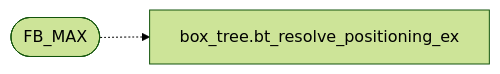
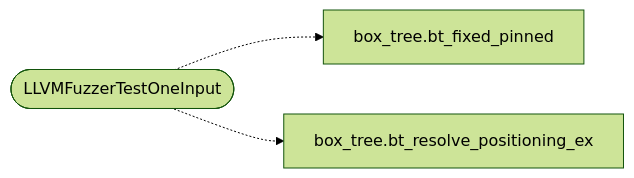
Before and after one commit to grisuno/FreeDom: the diagram in readmenator-apidocs/modules/fuzz.fuzz_box_tree.c.md, drawn with Mermaid (forest theme). The commit also changed other lines of this file and 126 other files, not shown here.

````diff
--- a/readmenator-apidocs/modules/fuzz.fuzz_box_tree.c.md
+++ b/readmenator-apidocs/modules/fuzz.fuzz_box_tree.c.md
@@ -15,6 +16,8 @@
 ```mermaid
 flowchart LR
-    n_fuzz_fuzz_box_tree_c__FB_MAX(["FB_MAX"])
+    n_fuzz_fuzz_box_tree_c__LLVMFuzzerTestOneInput(["LLVMFuzzerTestOneInput"])
+    n_include_box_tree_h__bt_fixed_pinned["box_tree.bt_fixed_pinned"]
     n_src_box_tree_c__bt_resolve_positioning_ex["box_tree.bt_resolve_positioning_ex"]
-    n_fuzz_fuzz_box_tree_c__FB_MAX -.-> n_src_box_tree_c__bt_resolve_positioning_ex
+    n_fuzz_fuzz_box_tree_c__LLVMFuzzerTestOneInput -.-> n_include_box_tree_h__bt_fixed_pinned
+    n_fuzz_fuzz_box_tree_c__LLVMFuzzerTestOneInput -.-> n_src_box_tree_c__bt_resolve_positioning_ex
 ```
````
